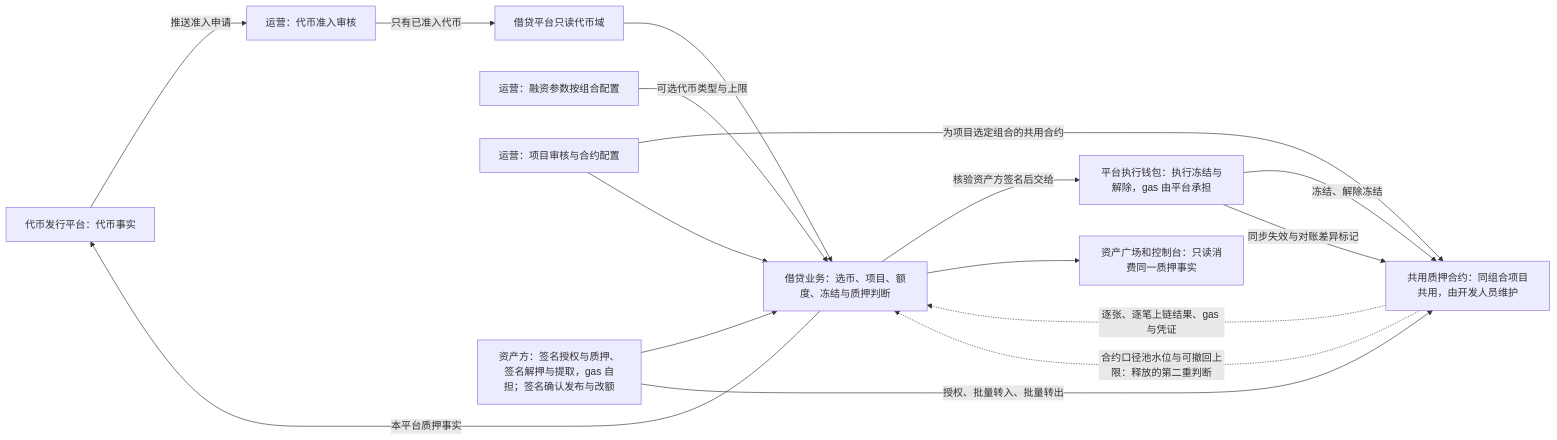
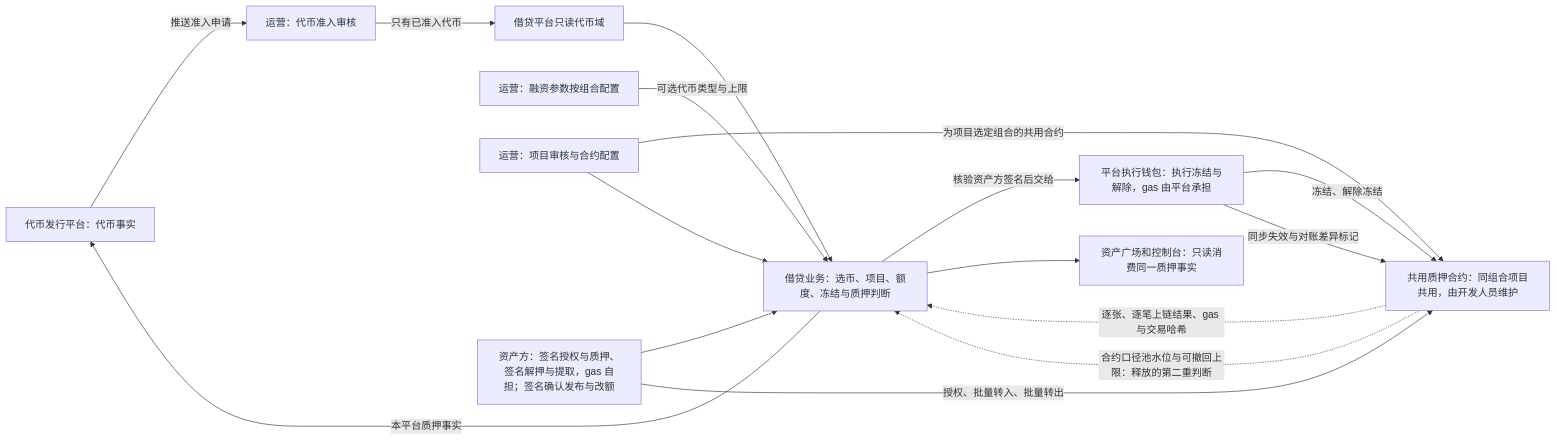
Before and after one commit to wxblockchain/Chain-Financing: the fifth of 10 diagrams in lending-platform/PRD/面客端/05-借贷广场-融资需求与代币质押/02-融资需求与代币质押-流程图与状态机.md, drawn with Mermaid. The commit also changed other lines of this file and 2 other files, not shown here.

````diff
--- a/lending-platform/PRD/面客端/05-借贷广场-融资需求与代币质押/02-融资需求与代币质押-流程图与状态机.md
+++ b/lending-platform/PRD/面客端/05-借贷广场-融资需求与代币质押/02-融资需求与代币质押-流程图与状态机.md
@@ -155,18 +155,18 @@
 ```mermaid
 flowchart LR
   A[代币发行平台：代币事实] -->|推送准入申请| AD[运营：代币准入审核]
   AD -->|只有已准入代币| B[借贷平台只读代币域]
   B --> C[借贷业务：选币、项目、额度、冻结与质押判断]
   P[运营：融资参数按组合配置] -->|可选代币类型与上限| C
   D[运营：项目审核与合约配置] -->|为项目选定组合的共用合约| X
   D --> C
   E[资产方：签名授权与质押、签名解押与提取，gas 自担；签名确认发布与改额] --> C
   PW[平台执行钱包：执行冻结与解除，gas 由平台承担] -->|冻结、解除冻结| X
   C -->|核验资产方签名后交给| PW
-  X[共用质押合约：同组合项目共用，由开发人员维护] -.->|逐张、逐笔上链结果、gas 与凭证| C
+  X[共用质押合约：同组合项目共用，由开发人员维护] -.->|逐张、逐笔上链结果、gas 与交易哈希| C
   E -->|授权、批量转入、批量转出| X
   PW -->|同步失效与对账差异标记| X
   X -.->|合约口径池水位与可撤回上限：释放的第二重判断| C
   C -->|本平台质押事实| A
   C --> F[资产广场和控制台：只读消费同一质押事实]
 ```
````
